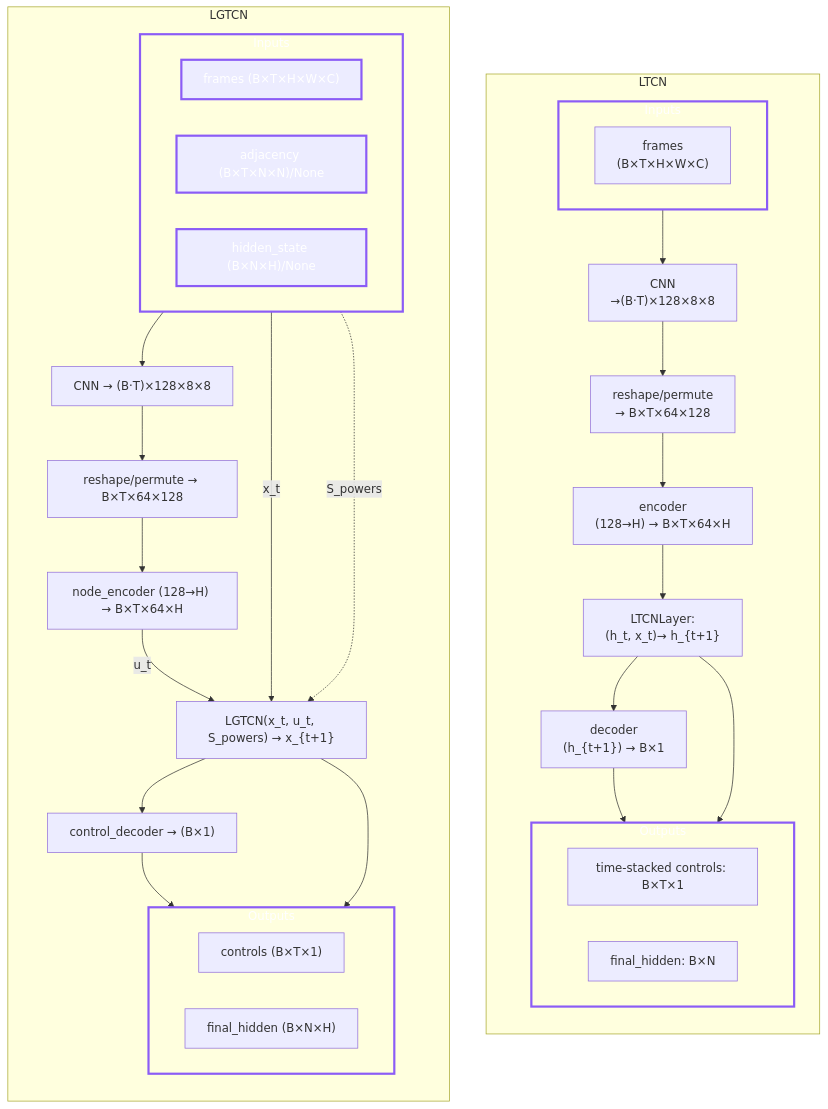
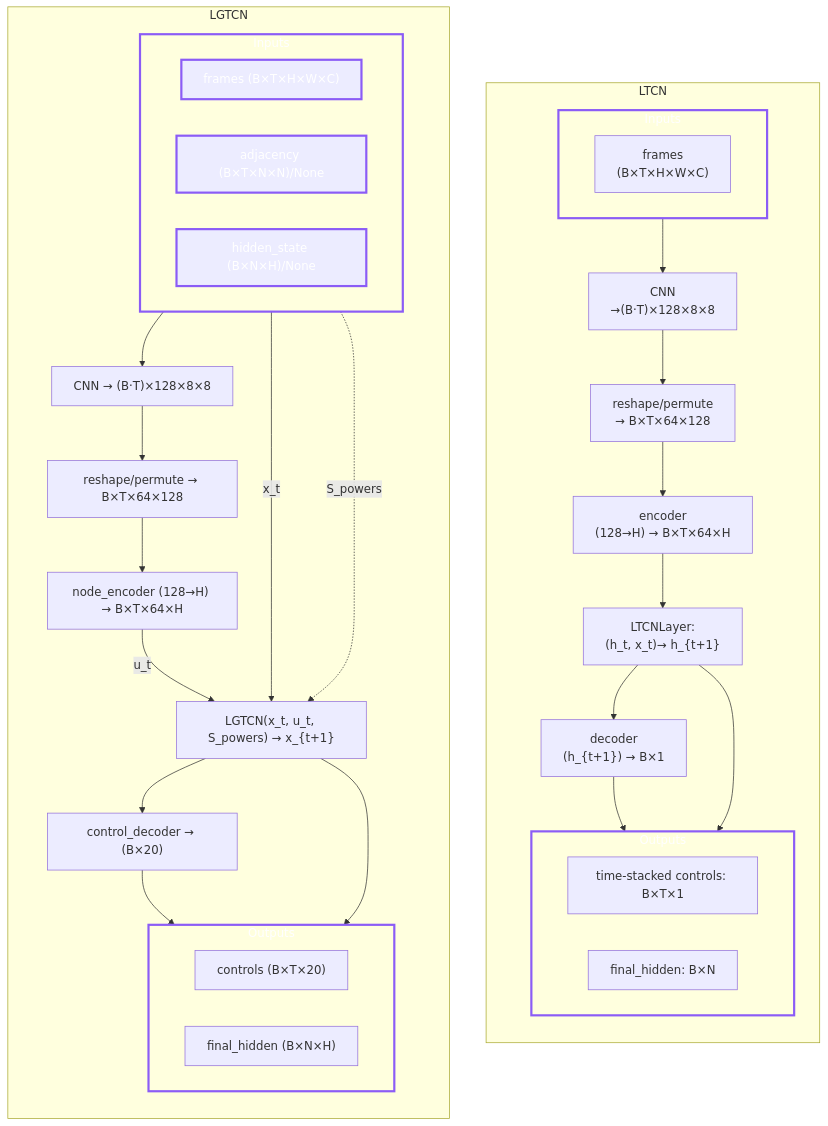
One commit to satra-11/liquid-graph-time-constant-network changed the diagram in README.md. Above: the diagram before and after it, drawn with Mermaid.

Commit message:
README更新

````diff
--- a/README.md
+++ b/README.md
@@ -47,59 +47,59 @@
 ```mermaid
 flowchart TD
   %% ===== 左：Title =====
   subgraph L["LTCN"]
     direction TB
     LA["frames <br> (B×T×H×W×C)"]
       --> LB["CNN<br>→(B·T)×128×8×8"]
       --> LC["reshape/permute <br>→ B×T×64×128"]
       --> LD["encoder <br>(128→H) → B×T×64×H"]
       --> LF["LTCNLayer:<br>(h_t, x_t)→ h_{t+1}"]
       --> LG["decoder<br>(h_{t+1}) → B×1"]
     LG --> LH["time-stacked controls: B×T×1"]
     LF --> LI["final_hidden: B×N"]
     subgraph LIN["Inputs"]
       direction LR
       LA
     end
     subgraph LOUT["Outputs"]
       direction LR
       LH
       LI
     end
   end
 
   %% ===== 右：Title 2 =====
   subgraph R["LGTCN"]
     direction TB
     RIN["Inputs"]:::io
     RA["frames (B×T×H×W×C)"]:::io
     RADJ["adjacency (B×T×N×N)/None"]:::io
     RH0["hidden_state (B×N×H)/None"]:::io
 
     RA --> RB["CNN → (B·T)×128×8×8"]
     RB --> RC["reshape/permute → B×T×64×128"]
     RC --> RD["node_encoder (128→H) → B×T×64×H"]
     RH0 -- "x_t" --> RH["LGTCN(x_t, u_t, S_powers) → x_{t+1}"]
     RD -- "u_t" --> RH
     RADJ -. "S_powers" .-> RH
-    RH --> RQ["control_decoder → (B×1)"]
+    RH --> RQ["control_decoder → (B×20)"]
     subgraph RIN["Inputs"]
       direction LR
       RA
       RADJ
       RH0
     end
 
     subgraph ROUT["Outputs"]
       direction LR
-      RO1["controls (B×T×1)"]
+      RO1["controls (B×T×20)"]
       RO2["final_hidden (B×N×H)"]
     end
     RQ --> RO1
     RH --> RO2
   end
 
   %% スタイル
   classDef io stroke:#8b5cf6,stroke-width:3px,color:#fff;
   class LIN,LOUT,RIN,ROUT io;
 ```
````
